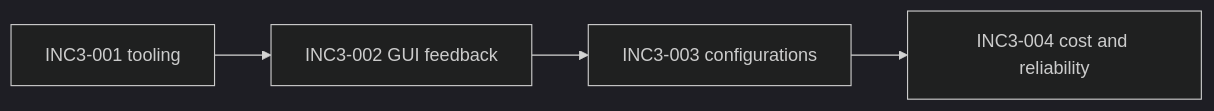
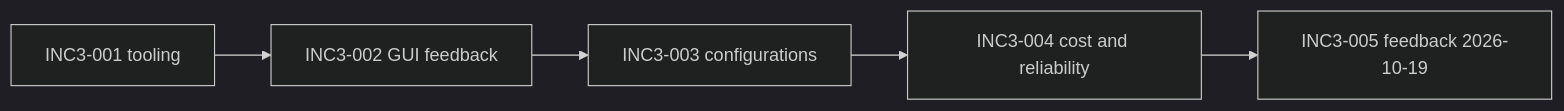
One commit to SebastienBocquet/predim-vtol changed the diagram in spdd/inc3/README.md. Above: the diagram before and after it, drawn with Mermaid (dark theme). The commit also changed other lines of this file and 29 other files, not shown here.

````diff
--- a/spdd/inc3/README.md
+++ b/spdd/inc3/README.md
@@ -60,6 +71,7 @@
 ```mermaid
 flowchart LR
   T1[INC3-001 tooling] --> A2[INC3-002 GUI feedback]
   A2 --> B3[INC3-003 configurations]
   B3 --> C4[INC3-004 cost and reliability]
+  C4 --> D5[INC3-005 feedback 2026-10-19]
 ```
````
